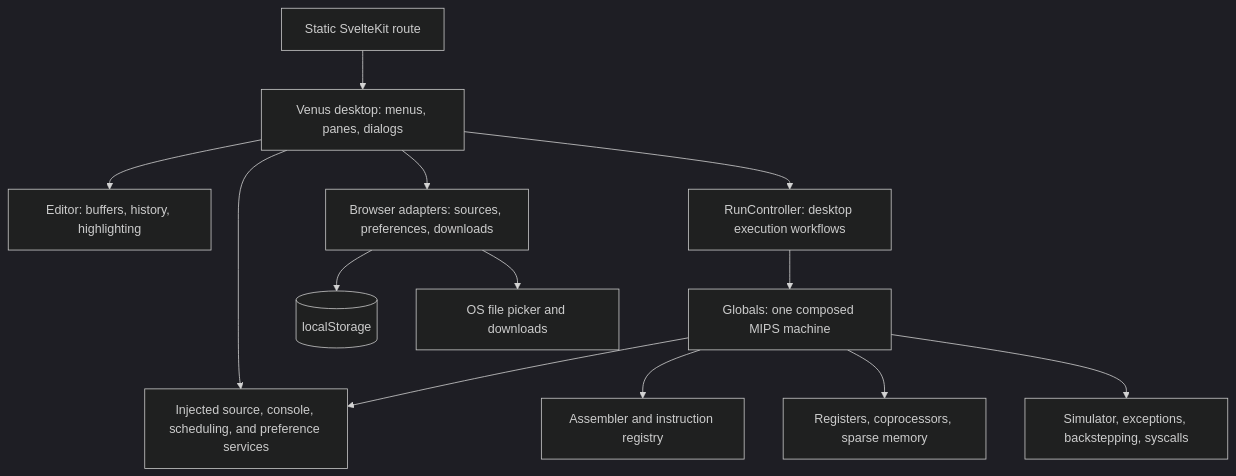
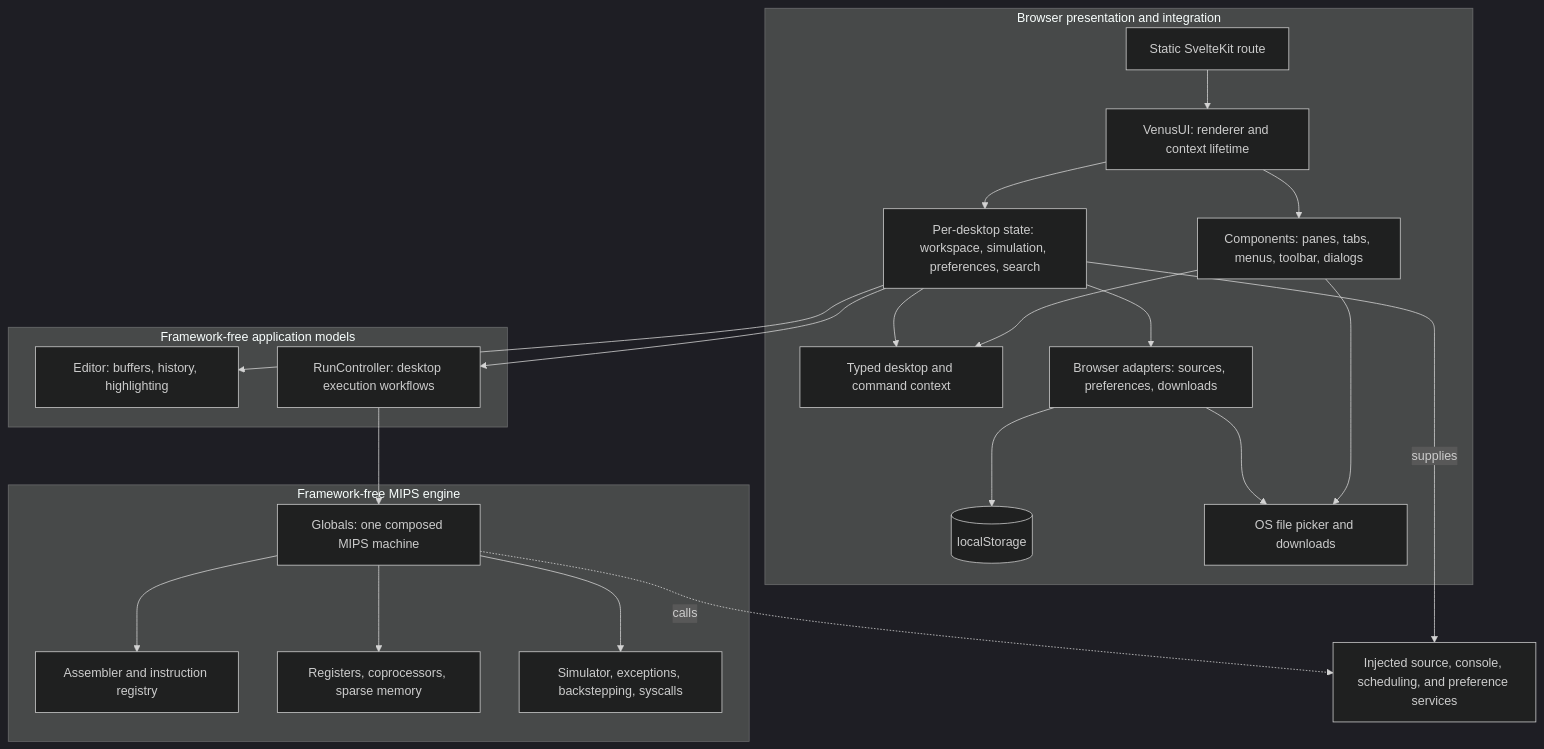
One commit to awpala/MARS-ts changed the first of 5 diagrams in IMPLEMENTATION.md. Above: the diagram before and after it, drawn with Mermaid (dark theme). The commit also changed other lines of this file and 97 other files, not shown here.

Commit message:
refactor: extract UI components (and corresponding state and context) to improve composition in ported Venus desktop implementation; also, net-add useKeyboard hook idiom for user shortcuts/keypresses

````diff
--- a/IMPLEMENTATION.md
+++ b/IMPLEMENTATION.md
@@ -38,15 +59,29 @@
 ```mermaid
 flowchart TB
-    Route["Static SvelteKit route"] --> Desktop["Venus desktop: menus, panes, dialogs"]
-    Desktop --> Editor["Editor: buffers, history, highlighting"]
-    Desktop --> Controller["RunController: desktop execution workflows"]
-    Controller --> Engine["Globals: one composed MIPS machine"]
-    Desktop --> Browser["Browser adapters: sources, preferences, downloads"]
-    Browser --> Storage[("localStorage")]
-    Browser --> Files["OS file picker and downloads"]
-    Desktop --> Host["Injected source, console, scheduling, and preference services"]
-    Engine --> Host
-    Engine --> Assembly["Assembler and instruction registry"]
-    Engine --> Hardware["Registers, coprocessors, sparse memory"]
-    Engine --> Simulation["Simulator, exceptions, backstepping, syscalls"]
+    subgraph Browser["Browser presentation and integration"]
+        Route["Static SvelteKit route"] --> Desktop["VenusUI: renderer and context lifetime"]
+        Desktop --> Components["Components: panes, tabs, menus, toolbar, dialogs"]
+        Desktop --> State["Per-desktop state: workspace, simulation, preferences, search"]
+        State --> Commands["Typed desktop and command context"]
+        Components --> Commands
+        State --> Adapters["Browser adapters: sources, preferences, downloads"]
+        Adapters --> Storage[("localStorage")]
+        Adapters --> Files["OS file picker and downloads"]
+        Components --> Files
+    end
+    subgraph Models["Framework-free application models"]
+        Editor["Editor: buffers, history, highlighting"]
+        Controller["RunController: desktop execution workflows"]
+    end
+    subgraph Core["Framework-free MIPS engine"]
+        Engine["Globals: one composed MIPS machine"]
+        Engine --> Assembly["Assembler and instruction registry"]
+        Engine --> Hardware["Registers, coprocessors, sparse memory"]
+        Engine --> Simulation["Simulator, exceptions, backstepping, syscalls"]
+    end
+    State --> Editor
+    State --> Controller
+    Controller --> Engine
+    State -->|supplies| Host["Injected source, console, scheduling, and preference services"]
+    Engine -.->|calls| Host
 ```
````
